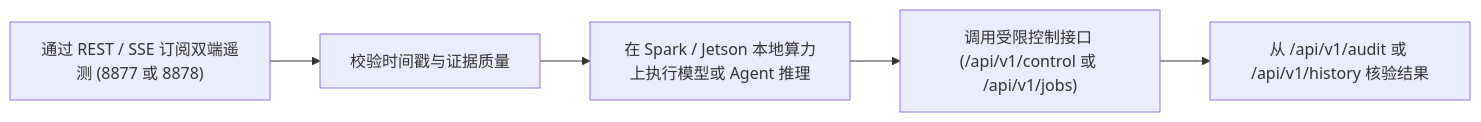
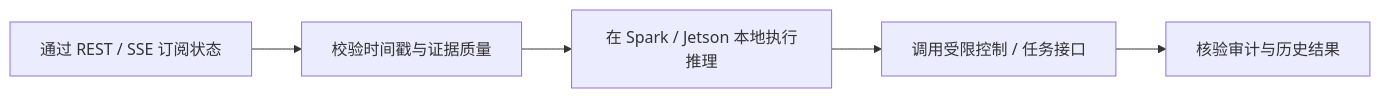
One commit to HKUOpenSource/OpenAirKit changed the diagram in docs/ai-customization.zh-CN.md. Above: the diagram before and after it, drawn with Mermaid. The commit also changed other lines of this file and 48 other files, not shown here.

````diff
--- a/docs/ai-customization.zh-CN.md
+++ b/docs/ai-customization.zh-CN.md
@@ -68,7 +32,7 @@
 ```mermaid
 flowchart LR
-  OBS["通过 REST / SSE 订阅双端遥测 (8877 或 8878)"] --> VAL["校验时间戳与证据质量"]
-  VAL --> INF["在 Spark / Jetson 本地算力上执行模型或 Agent 推理"]
-  INF --> ACT["调用受限控制接口 (/api/v1/control 或 /api/v1/jobs)"]
-  ACT --> AUD["从 /api/v1/audit 或 /api/v1/history 核验结果"]
+  OBS["通过 REST / SSE 订阅状态"] --> VAL["校验时间戳与证据质量"]
+  VAL --> INF["在 Spark / Jetson 本地执行推理"]
+  INF --> ACT["调用受限控制 / 任务接口"]
+  ACT --> AUD["核验审计与历史结果"]
 ```
````
